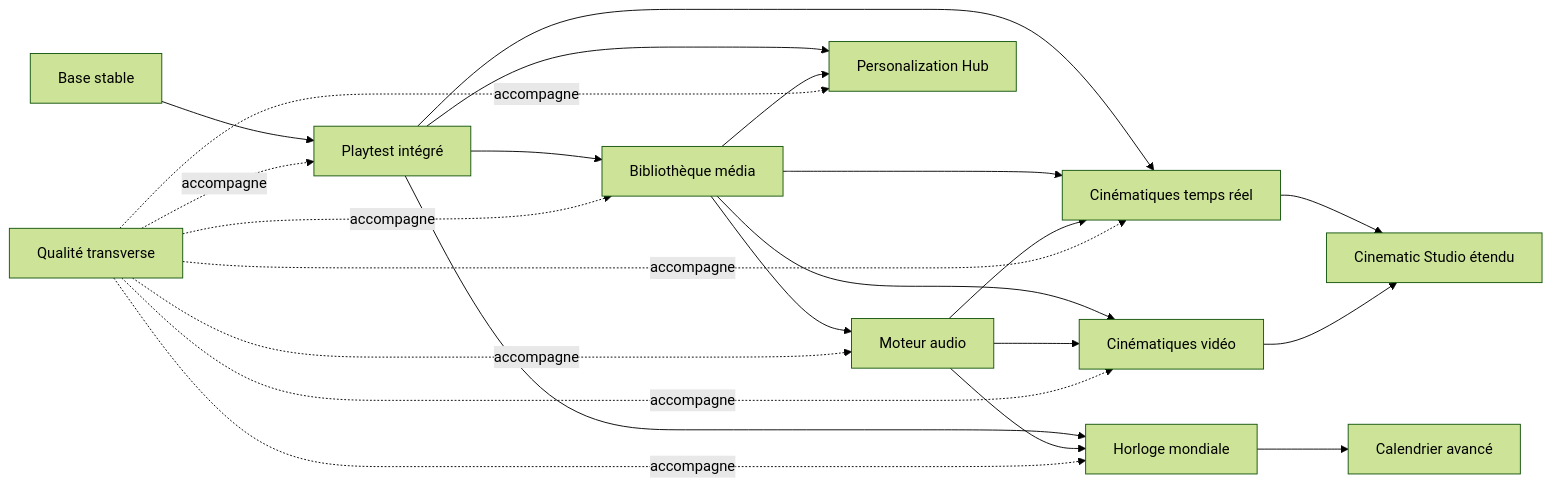
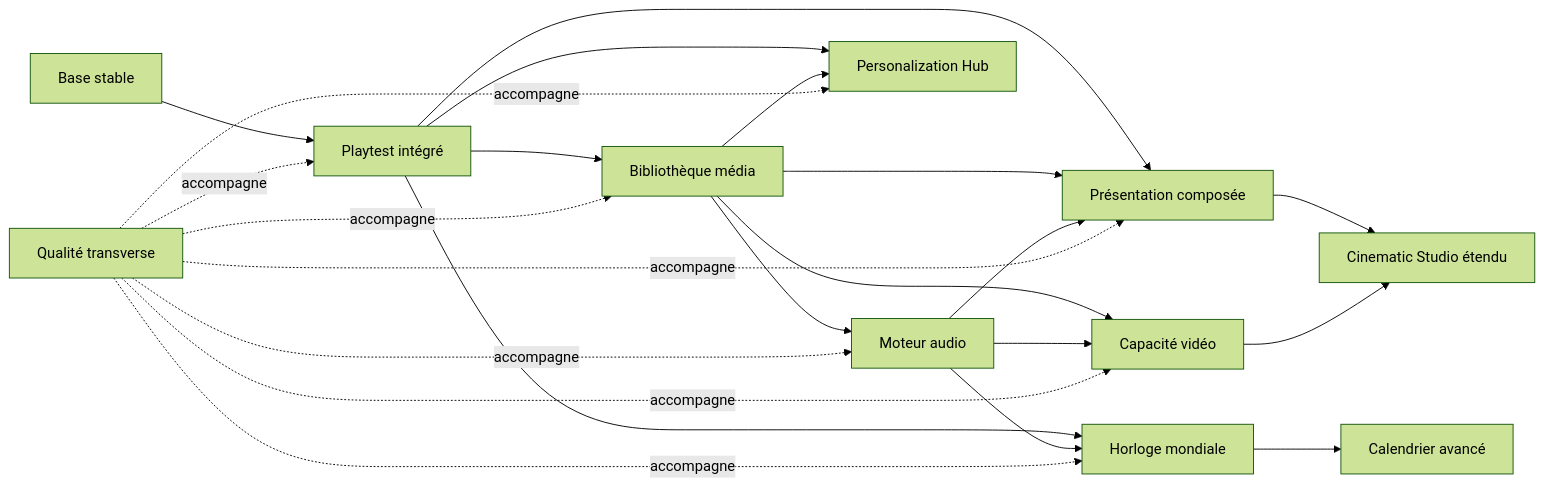
The second of 2 diagrams in documentation/roadmap/road_map_runtime_media_cinematics_audio_time.md (yoahnl/pokemap), drawn with Mermaid (forest theme) before and after one commit. The commit also changed other lines of this file, not shown here.

Commit message:
docs(roadmap): update cinematics roadmap to introduce presentation family and CIN-V2 execution plan

````diff
--- a/documentation/roadmap/road_map_runtime_media_cinematics_audio_time.md
+++ b/documentation/roadmap/road_map_runtime_media_cinematics_audio_time.md
@@ -418,25 +540,25 @@
 ```mermaid
 flowchart LR
     BASE["Base stable"] --> PT["Playtest intégré"]
     PT --> MED["Bibliothèque média"]
     MED --> AUD["Moteur audio"]
-    PT --> CRT["Cinématiques temps réel"]
+    PT --> CRT["Présentation composée"]
     MED --> CRT
     AUD --> CRT
-    MED --> VID["Cinématiques vidéo"]
+    MED --> VID["Capacité vidéo"]
     AUD --> VID
     CRT --> CST["Cinematic Studio étendu"]
     VID --> CST
     PT --> TIME["Horloge mondiale"]
     AUD --> TIME
     PT --> PERS["Personalization Hub"]
     MED --> PERS
     TIME --> CAL["Calendrier avancé"]
     QA["Qualité transverse"] -. accompagne .-> PT
     QA -. accompagne .-> MED
     QA -. accompagne .-> AUD
     QA -. accompagne .-> CRT
     QA -. accompagne .-> VID
     QA -. accompagne .-> TIME
     QA -. accompagne .-> PERS
 ```
````
